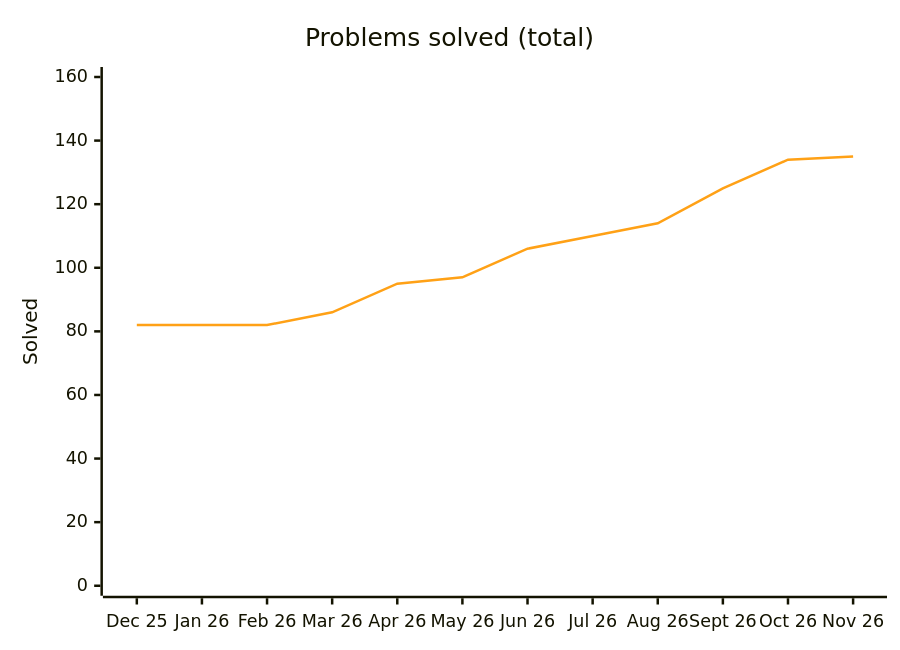
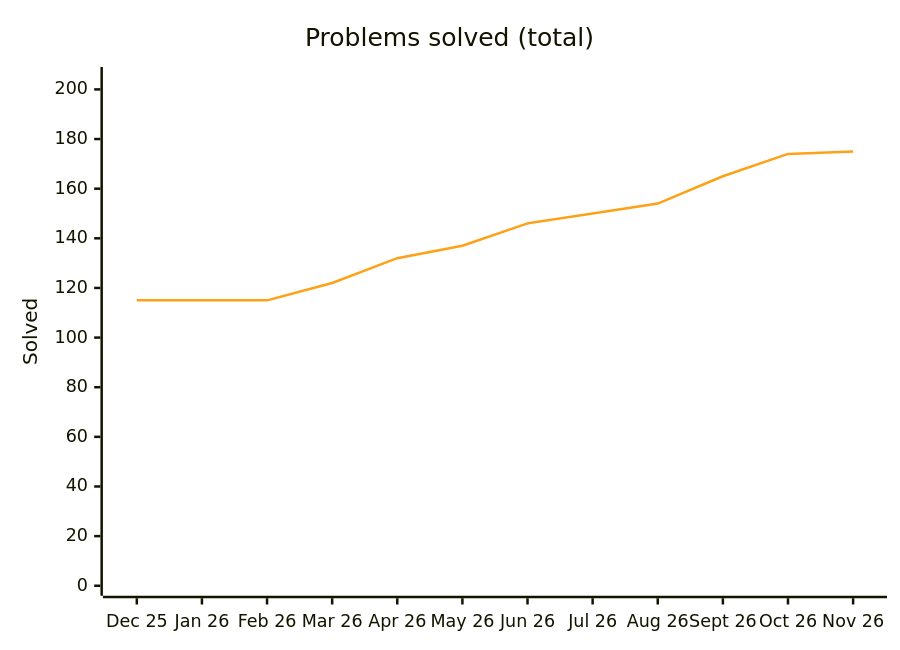
The diagram in README.md (Ved-u/Java-DSA), drawn with Mermaid before and after one commit. The commit also changed other lines of this file and 42 other files, not shown here.

````diff
--- a/README.md
+++ b/README.md
@@ -53,8 +53,8 @@
 ```mermaid
 %%{init: {"themeVariables": {"xyChart": {"plotColorPalette": "#ffa116"}}}}%%
 xychart-beta
     title "Problems solved (total)"
     x-axis ["Dec 25", "Jan 26", "Feb 26", "Mar 26", "Apr 26", "May 26", "Jun 26", "Jul 26", "Aug 26", "Sept 26", "Oct 26", "Nov 26"]
-    y-axis "Solved" 0 --> 160
-    line [82, 82, 82, 86, 95, 97, 106, 110, 114, 125, 134, 135]
+    y-axis "Solved" 0 --> 205
+    line [115, 115, 115, 122, 132, 137, 146, 150, 154, 165, 174, 175]
 ```
````
